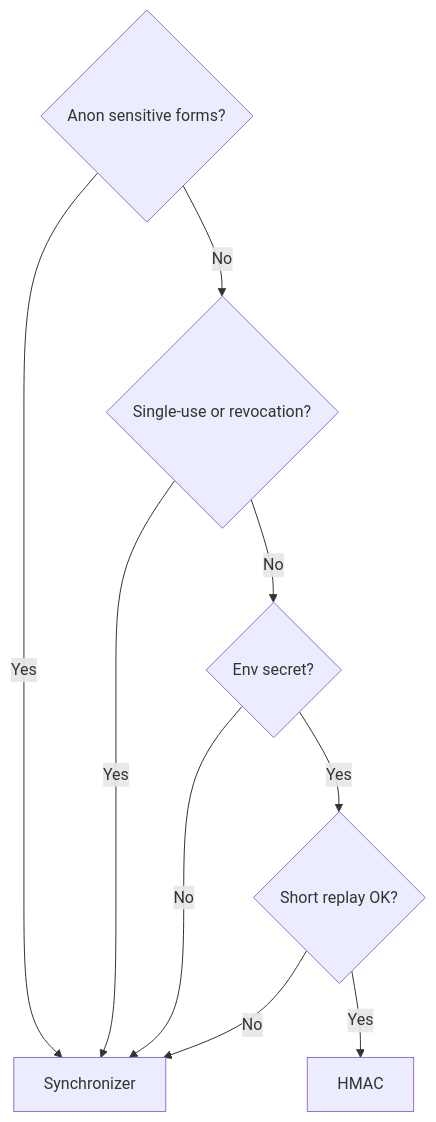
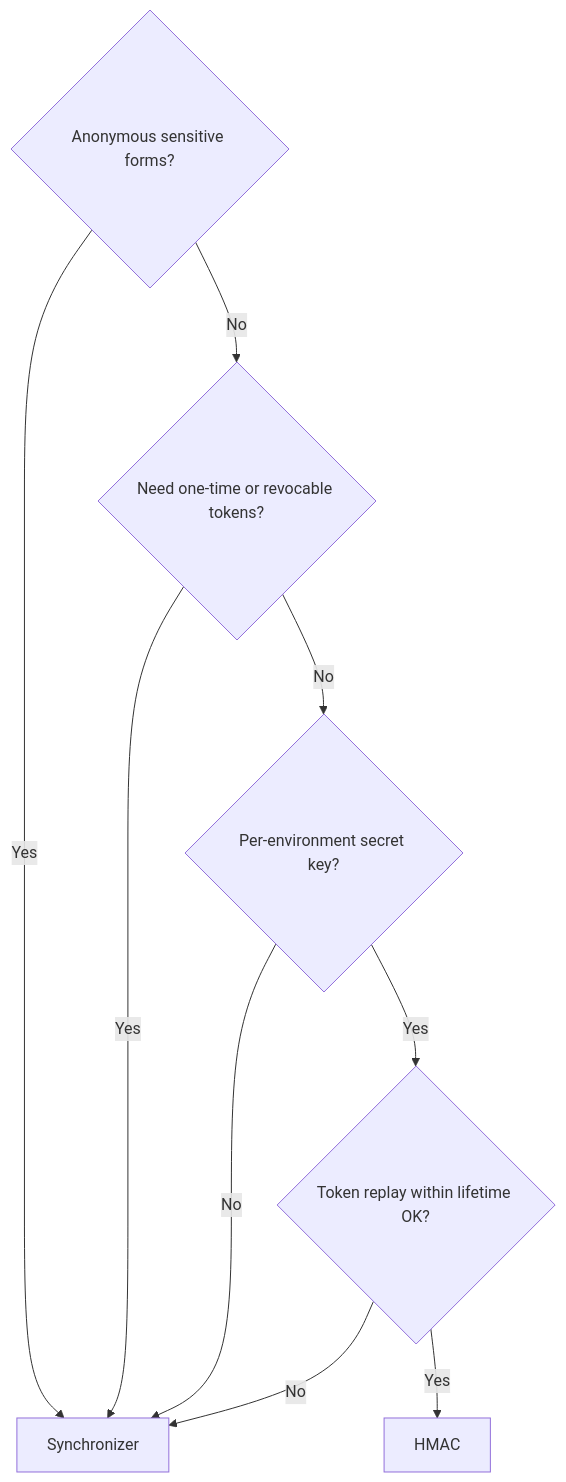
One commit to yiisoft/csrf changed the diagram in README.md. Above: the diagram before and after it, drawn with Mermaid.

Commit message:
Clarify CSRF decision graph labels

````diff
--- a/README.md
+++ b/README.md
@@ -159,12 +159,12 @@
 ```mermaid
 flowchart TD
-    A{Anon sensitive forms?}
+    A{Anonymous sensitive forms?}
     A -- Yes --> S[Synchronizer]
-    A -- No --> B{Single-use or revocation?}
+    A -- No --> B{Need one-time or revocable tokens?}
     B -- Yes --> S
-    B -- No --> C{Env secret?}
+    B -- No --> C{Per-environment secret key?}
     C -- No --> S
-    C -- Yes --> D{Short replay OK?}
+    C -- Yes --> D{Token replay within lifetime OK?}
     D -- No --> S
     D -- Yes --> H[HMAC]
 ```
````
